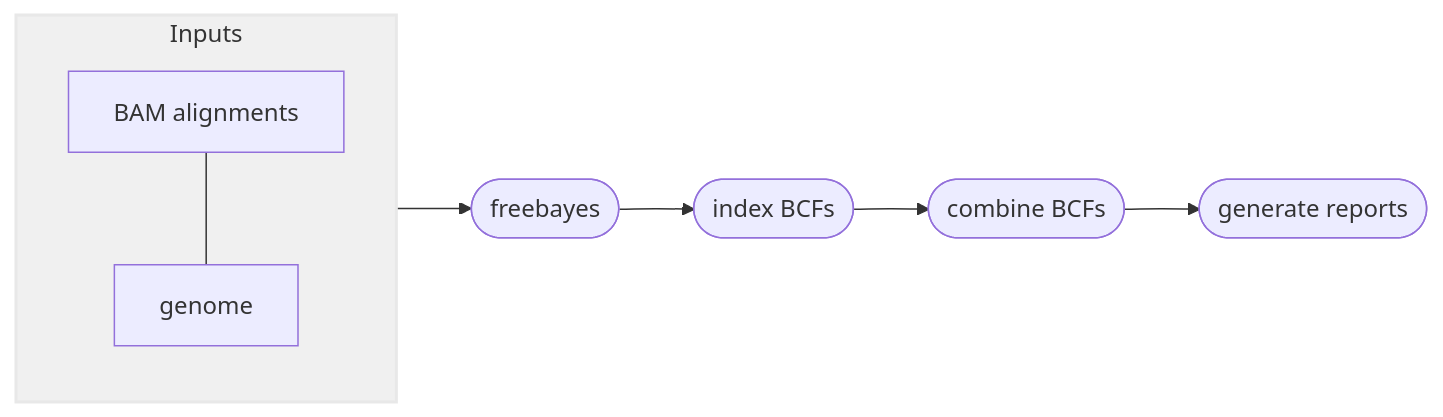
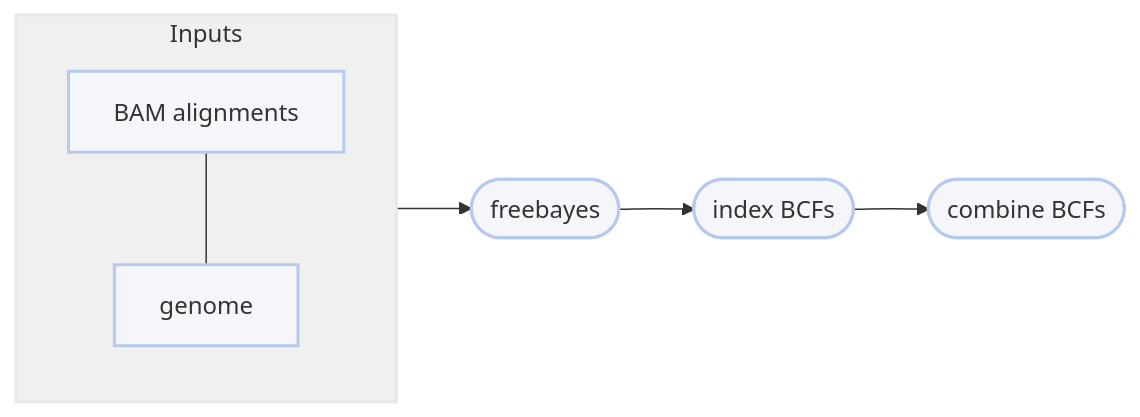
The second of 2 diagrams in Modules/snp.md (pdimens/harpy), drawn with Mermaid before and after one commit. The commit also changed other lines of this file and 11 other files, not shown here.

Commit message:
update all mermaids

````diff
--- a/Modules/snp.md
+++ b/Modules/snp.md
@@ -220,11 +220,11 @@
 ```mermaid
 graph LR
     subgraph Inputs
-        aln[BAM alignments]---gen[genome]
+        aln[BAM alignments]:::clean---gen[genome]:::clean
     end
-    Inputs --> B([freebayes])
-    B-->D([index BCFs])
-    D-->E([combine BCFs])
-    E-->F([generate reports])
+    Inputs --> B([freebayes]):::clean
+    B-->D([index BCFs]):::clean
+    D-->E([combine BCFs]):::clean
     style Inputs fill:#f0f0f0,stroke:#e8e8e8,stroke-width:2px
+    classDef clean fill:#f5f6f9,stroke:#b7c9ef,stroke-width:2px
 ```
````
